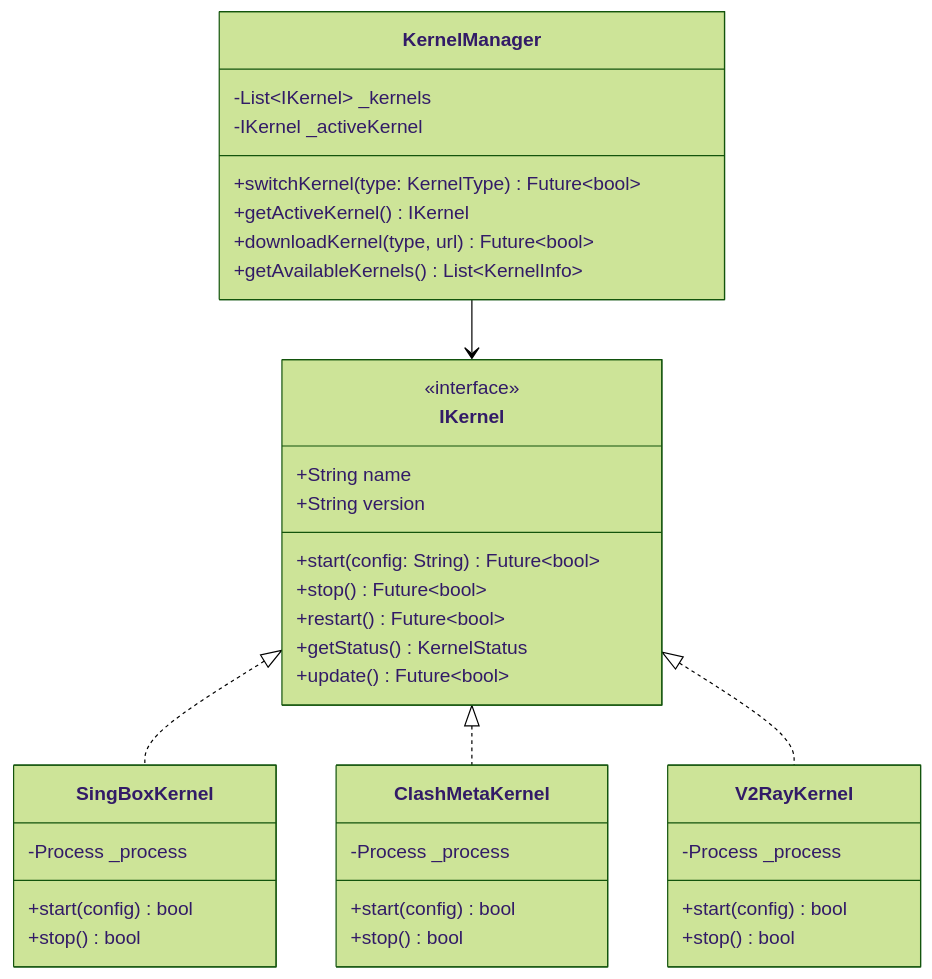
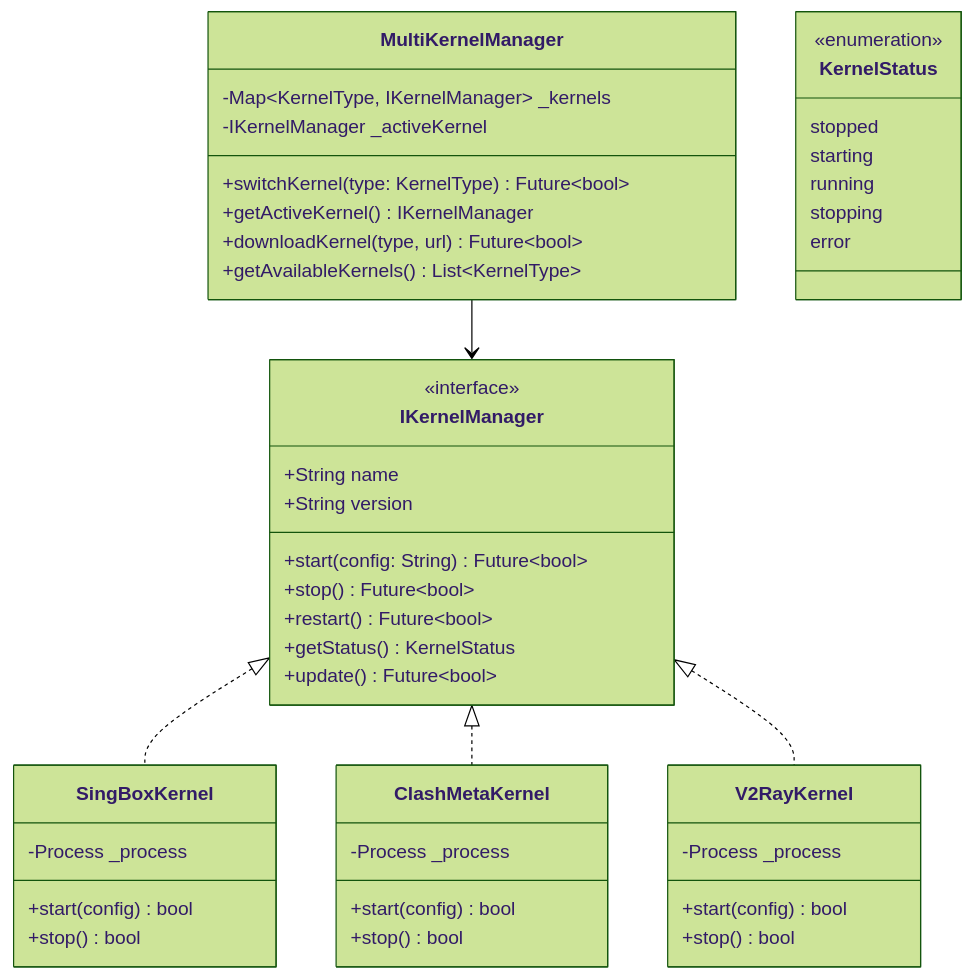
One commit to ukiyoec/hiddify-plus changed the second of 2 diagrams in specs/design.md. Above: the diagram before and after it, drawn with Mermaid (forest theme). The commit also changed other lines of this file and 2 other files, not shown here.

First line of the commit message:
docs: update specs to reflect current development status

````diff
--- a/specs/design.md
+++ b/specs/design.md
@@ -112,45 +113,54 @@
 ```mermaid
 classDiagram
-    class IKernel {
+    class IKernelManager {
         <<interface>>
         +String name
         +String version
         +start(config: String) Future~bool~
         +stop() Future~bool~
         +restart() Future~bool~
         +getStatus() KernelStatus
         +update() Future~bool~
     }
     
     class SingBoxKernel {
         -Process _process
         +start(config) bool
         +stop() bool
     }
     
     class ClashMetaKernel {
         -Process _process
         +start(config) bool
         +stop() bool
     }
     
     class V2RayKernel {
         -Process _process
         +start(config) bool
         +stop() bool
     }
     
-    class KernelManager {
-        -List~IKernel~ _kernels
-        -IKernel _activeKernel
+    class MultiKernelManager {
+        -Map~KernelType, IKernelManager~ _kernels
+        -IKernelManager _activeKernel
         +switchKernel(type: KernelType) Future~bool~
-        +getActiveKernel() IKernel
+        +getActiveKernel() IKernelManager
         +downloadKernel(type, url) Future~bool~
-        +getAvailableKernels() List~KernelInfo~
+        +getAvailableKernels() List~KernelType~
     }
     
-    IKernel <|.. SingBoxKernel
-    IKernel <|.. ClashMetaKernel
-    IKernel <|.. V2RayKernel
-    KernelManager --> IKernel
+    class KernelStatus {
+        <<enumeration>>
+        stopped
+        starting
+        running
+        stopping
+        error
+    }
+    
+    IKernelManager <|.. SingBoxKernel
+    IKernelManager <|.. ClashMetaKernel
+    IKernelManager <|.. V2RayKernel
+    MultiKernelManager --> IKernelManager
 ```
````
